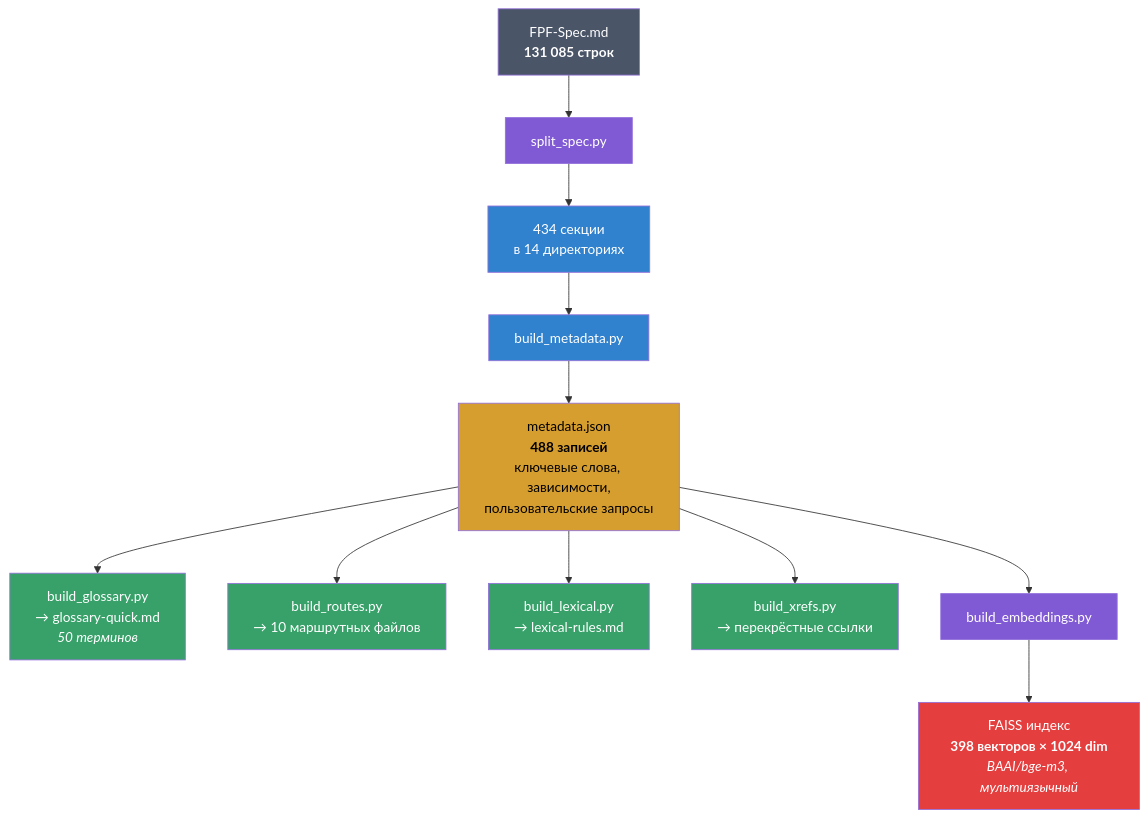
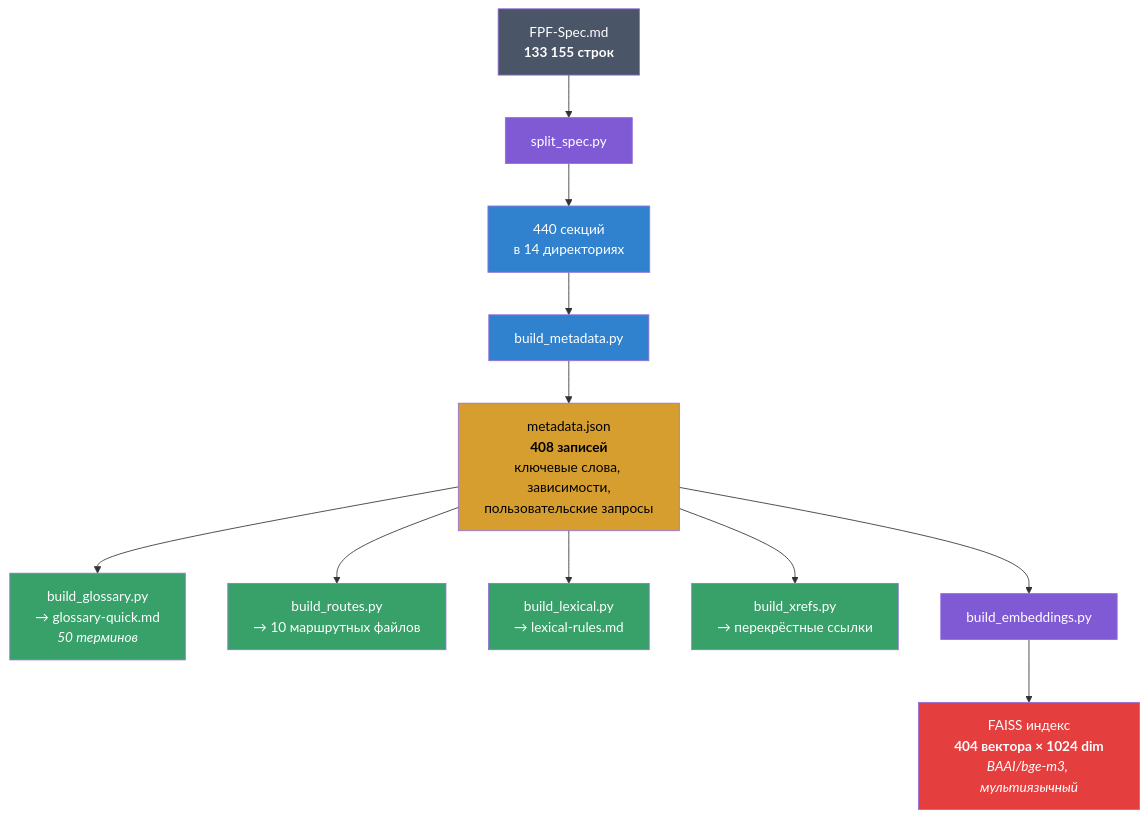
One commit to pokrovskiyv/FPF-agent changed the fourth of 4 diagrams in Readme.md. Above: the diagram before and after it, drawn with Mermaid. The commit also changed other lines of this file and 511 other files, not shown here.

````diff
--- a/Readme.md
+++ b/Readme.md
@@ -217,25 +217,25 @@
 ```mermaid
 graph TD
-    Spec["FPF-Spec.md<br/><b>131 085 строк</b>"] --> Split["split_spec.py"]
-    Split --> Sections["434 секции<br/>в 14 директориях"]
+    Spec["FPF-Spec.md<br/><b>133 155 строк</b>"] --> Split["split_spec.py"]
+    Split --> Sections["440 секций<br/>в 14 директориях"]
     Sections --> Meta["build_metadata.py"]
-    Meta --> MetaJSON["metadata.json<br/><b>488 записей</b><br/>ключевые слова, зависимости,<br/>пользовательские запросы"]
+    Meta --> MetaJSON["metadata.json<br/><b>408 записей</b><br/>ключевые слова, зависимости,<br/>пользовательские запросы"]
     MetaJSON --> Gloss["build_glossary.py<br/>→ glossary-quick.md<br/><i>50 терминов</i>"]
     MetaJSON --> Routes["build_routes.py<br/>→ 10 маршрутных файлов"]
     MetaJSON --> Lex["build_lexical.py<br/>→ lexical-rules.md"]
     MetaJSON --> XRef["build_xrefs.py<br/>→ перекрёстные ссылки"]
     MetaJSON --> Emb["build_embeddings.py"]
-    Emb --> FAISS["FAISS индекс<br/><b>398 векторов × 1024 dim</b><br/><i>BAAI/bge-m3, мультиязычный</i>"]
+    Emb --> FAISS["FAISS индекс<br/><b>404 вектора × 1024 dim</b><br/><i>BAAI/bge-m3, мультиязычный</i>"]
 
     style Spec fill:#4a5568,color:#fff
     style Split fill:#805ad5,color:#fff
     style Sections fill:#3182ce,color:#fff
     style Meta fill:#3182ce,color:#fff
     style MetaJSON fill:#d69e2e,color:#000
     style Gloss fill:#38a169,color:#fff
     style Routes fill:#38a169,color:#fff
     style Lex fill:#38a169,color:#fff
     style XRef fill:#38a169,color:#fff
     style Emb fill:#805ad5,color:#fff
     style FAISS fill:#e53e3e,color:#fff
 ```
````
